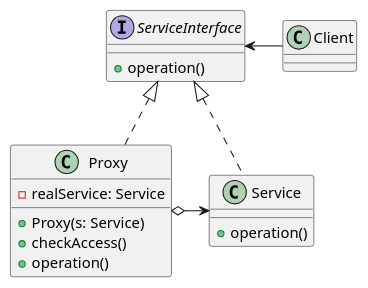
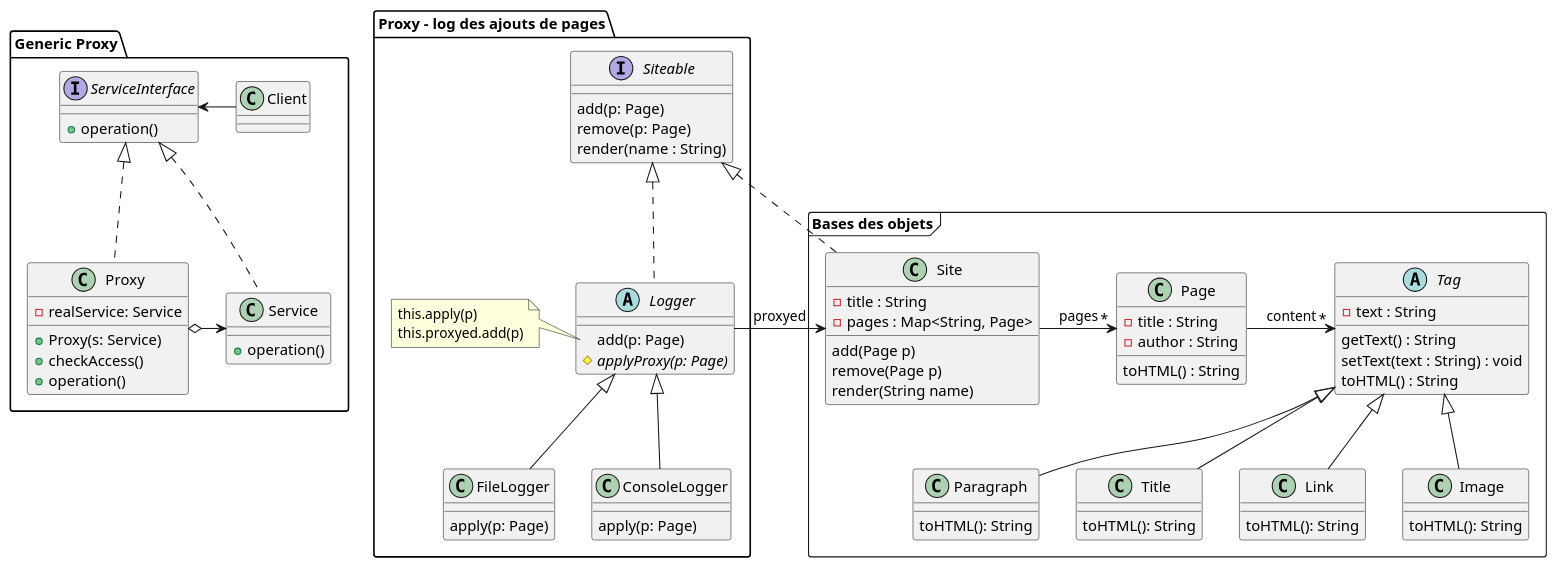
One commit to florentBourgeois/ENSISA2022_CMS changed the diagram in Documentation/Proxy.puml. Above: the diagram before and after it, drawn with PlantUML.

Commit message:
add project proxy

```diff
--- a/Documentation/Proxy.puml
+++ b/Documentation/Proxy.puml
@@ -1,26 +1,96 @@
 @startuml
 'https://plantuml.com/class-diagram
 
-class Client{}
+package "Generic Proxy" {
+    class Client{}
 
-interface ServiceInterface {
-    + operation()
+    interface ServiceInterface {
+        + operation()
+    }
+
+    class Proxy {
+        - realService: Service
+        + Proxy(s: Service)
+        + checkAccess()
+        + operation()
+    }
+
+    class Service {
+        +operation()
+    }
+
+    ServiceInterface <- Client
+    Proxy o-> Service
+    ServiceInterface<|..Proxy
+    ServiceInterface<|..Service
 }
 
-class Proxy {
-    - realService: Service
-    + Proxy(s: Service)
-    + checkAccess()
-    + operation()
+
+package "Bases des objets" <<Frame>> {
+
+    class Page {
+        -title : String
+        -author : String
+        toHTML() : String
+    }
+
+    abstract class Tag {
+        - text : String
+        getText() : String
+        setText(text : String) : void
+        toHTML() : String
+    }
+
+    Tag <|-- Paragraph
+    Tag <|-- Title
+    Tag <|-- Link
+    Tag <|-- Image
+
+    Page -> "*" Tag : content
+    Site -> "*" Page : pages
+
+    class Site {
+        -title : String
+        -pages : Map<String, Page>
+        add(Page p)
+        remove(Page p)
+        render(String name)
+    }
+
+    Image : toHTML(): String
+    Link : toHTML(): String
+    Title : toHTML(): String
+    Paragraph : toHTML(): String
+
 }
 
-class Service {
-    +operation()
+package "Proxy - log des ajouts de pages" {
+    interface Siteable {
+        add(p: Page)
+        remove(p: Page)
+        render(name : String)
+    }
+
+    abstract class Logger{
+        add(p: Page)
+        # {abstract} applyProxy(p: Page)
+    }
+    note left of Logger::add
+          this.apply(p)
+          this.proxyed.add(p)
+        end note
+
+
+    Logger <|-- FileLogger
+    Logger <|-- ConsoleLogger
+
+    Siteable <|.. Site
+    Siteable <|.. Logger
+    Logger -> Site : proxyed
+
+    FileLogger : apply(p: Page)
+    ConsoleLogger : apply(p: Page)
 }
 
-ServiceInterface <- Client
-Proxy o-> Service
-ServiceInterface<|..Proxy
-ServiceInterface<|..Service
 
 @enduml
```
